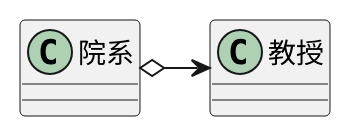
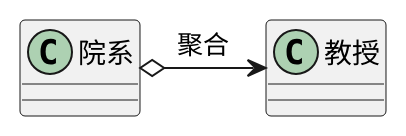
The diagram in DiveIntoDesignPatterns/uml/022.plantuml (zhengtong0898/books), drawn with PlantUML before and after one commit. The commit also changed 9 other files, not shown here.

```diff
--- a/DiveIntoDesignPatterns/uml/022.plantuml
+++ b/DiveIntoDesignPatterns/uml/022.plantuml
@@ -1,6 +1,6 @@
 @startuml "聚合"
 class 院系 {}
 class 教授 {}
 
-院系 o-right-> 教授
+院系 o-right-> 教授: "聚合"
 @enduml
```
